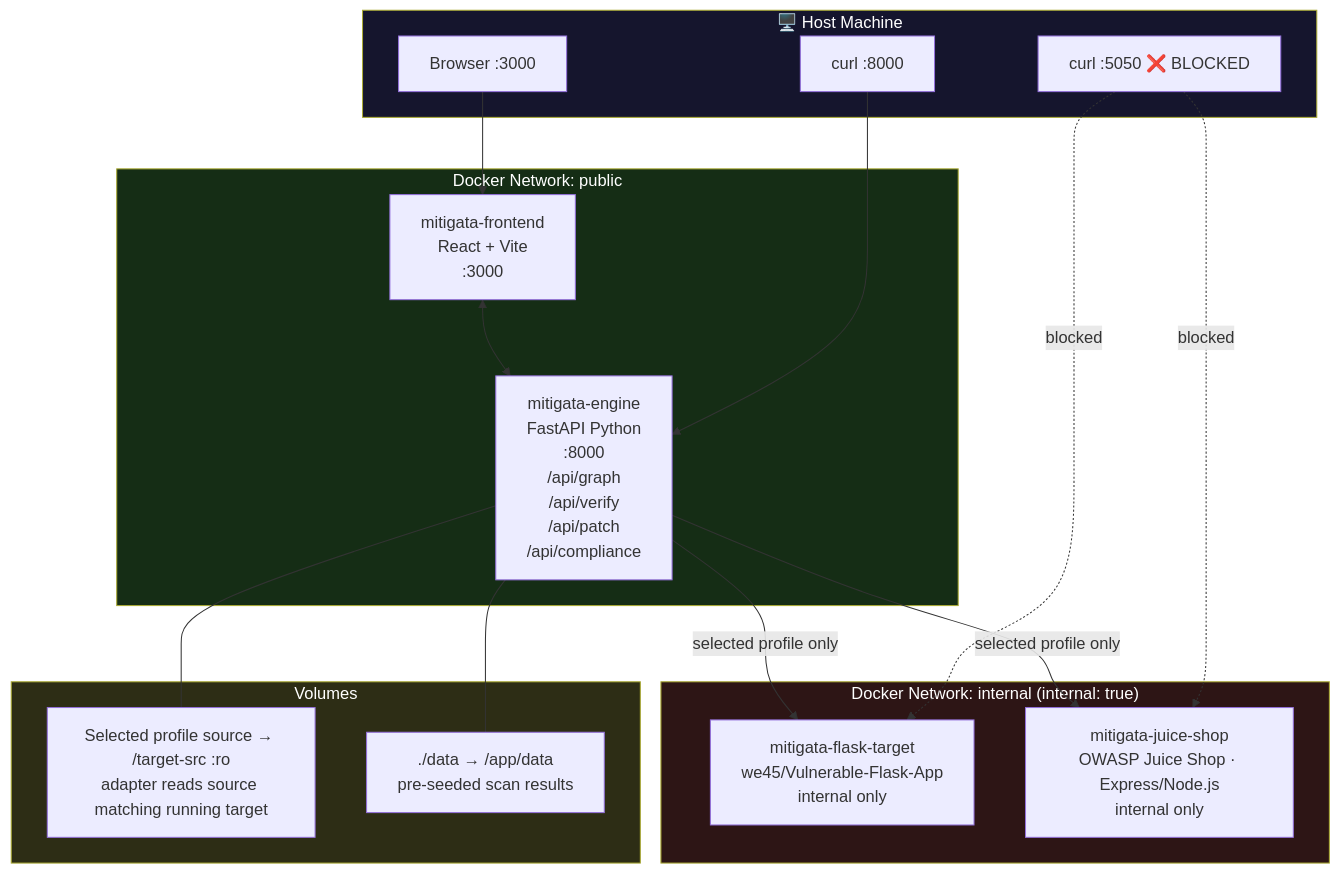
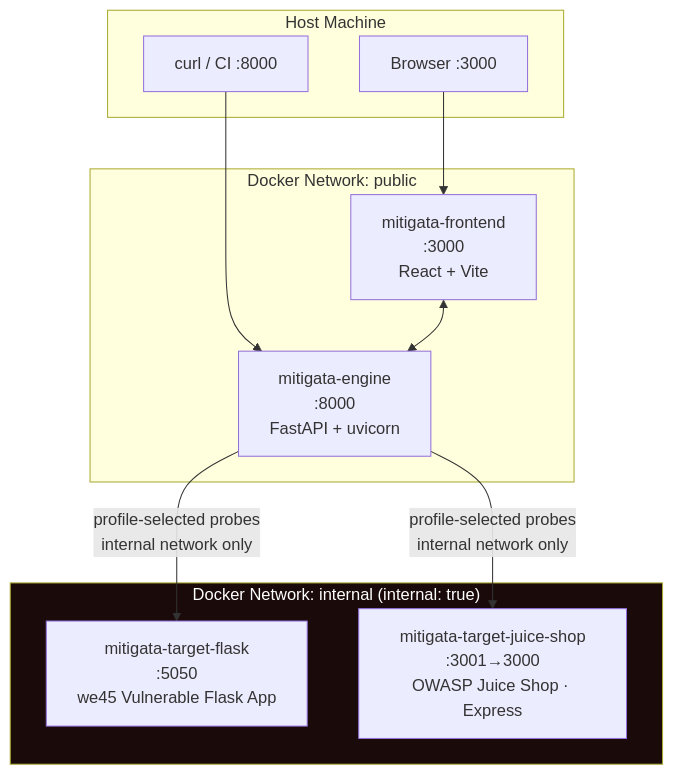
One commit to Halcyora/mitigata changed the first of 25 diagrams in HACKATHON/docs/P06-Architecture.md. Above: the diagram before and after it, drawn with Mermaid. The commit also changed other lines of this file and 3 other files, not shown here.

Commit message:
feat: Remove outdated architecture and build documentation files

````diff
--- a/HACKATHON/docs/P06-Architecture.md
+++ b/HACKATHON/docs/P06-Architecture.md
@@ -88,38 +54,25 @@
 ```mermaid
 graph TB
-    subgraph HOST["🖥️ Host Machine"]
-        BROWSER["Browser :3000"]
-        CURL["curl :8000"]
-        BLOCKED["curl :5050 ❌ BLOCKED"]
+    subgraph HOST["Host Machine"]
+        B["Browser :3000"]
+        API_CLIENT["curl / CI :8000"]
     end
 
-    subgraph PUBLIC["Docker Network: public"]
-        FE["mitigata-frontend\nReact + Vite\n:3000"]
-        ENG["mitigata-engine\nFastAPI Python\n:8000\n/api/graph\n/api/verify\n/api/patch\n/api/compliance"]
+    subgraph PUB["Docker Network: public"]
+        FE["mitigata-frontend\n:3000\nReact + Vite"]
+        ENG["mitigata-engine\n:8000\nFastAPI + uvicorn"]
     end
 
-    subgraph INTERNAL["Docker Network: internal (internal: true)"]
-        TARGET["mitigata-flask-target\nwe45/Vulnerable-Flask-App\ninternal only"]
-        JUICE["mitigata-juice-shop\nOWASP Juice Shop · Express/Node.js\ninternal only"]
+    subgraph INT["Docker Network: internal (internal: true)"]
+        FLASK["mitigata-target-flask\n:5050\nwe45 Vulnerable Flask App"]
+        JUICE["mitigata-target-juice-shop\n:3001→3000\nOWASP Juice Shop · Express"]
     end
 
-    subgraph VOLUMES["Volumes"]
-        SRC["Selected profile source → /target-src :ro\nadapter reads source matching running target"]
-        DATA["./data → /app/data\npre-seeded scan results"]
-    end
+    B --> FE
+    API_CLIENT --> ENG
+    FE <--> ENG
+    ENG -->|"profile-selected probes\ninternal network only"| FLASK
+    ENG -->|"profile-selected probes\ninternal network only"| JUICE
 
-    BROWSER --> FE
-    CURL --> ENG
-    BLOCKED -. "blocked" .-> TARGET
-    BLOCKED -. "blocked" .-> JUICE
-    FE <--> ENG
-    ENG -->|"selected profile only"| TARGET
-    ENG -->|"selected profile only"| JUICE
-    ENG --- SRC
-    ENG --- DATA
-
-    style INTERNAL fill:#2d1515,color:#fff
-    style PUBLIC fill:#152d15,color:#fff
-    style HOST fill:#15152d,color:#fff
-    style VOLUMES fill:#2d2d15,color:#fff
+    style INT fill:#1a0a0a,color:#fff
 ```
````
